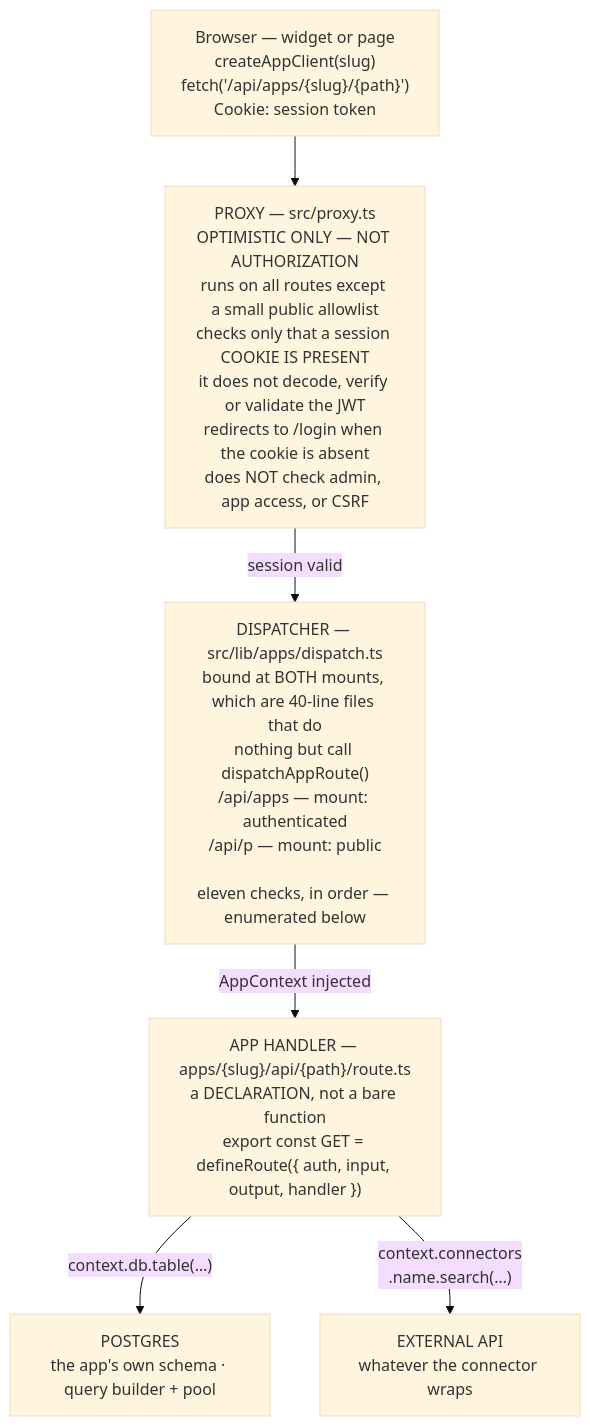
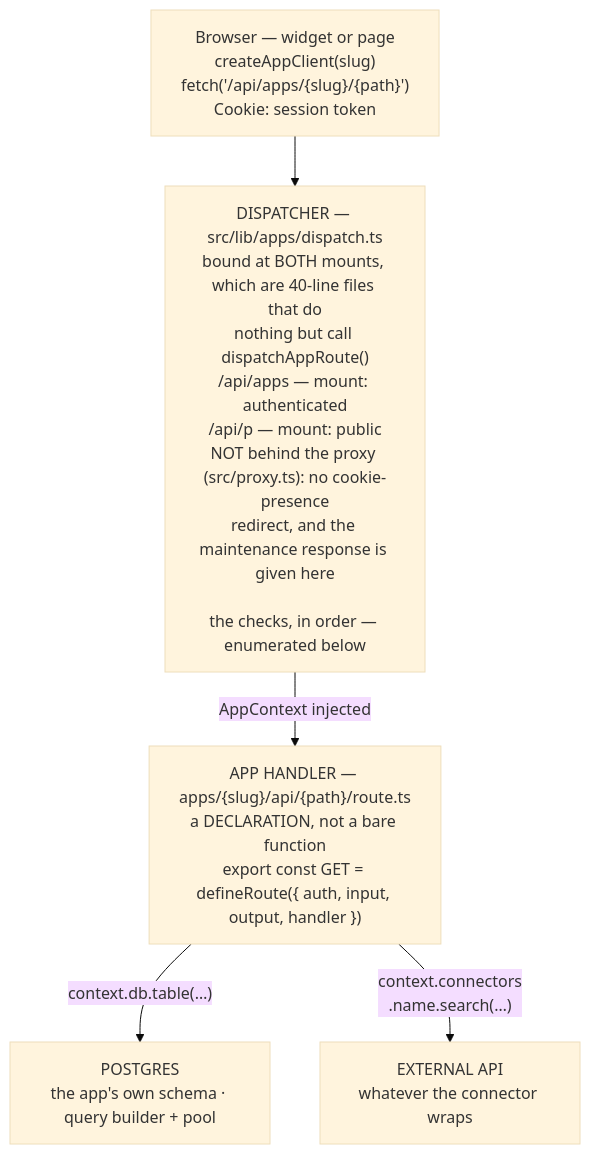
The first of 5 diagrams in docs/security-architecture.md (mixoshq/mixos), drawn with Mermaid (base theme) before and after one commit. The commit also changed other lines of this file and 2 other files, not shown here.

First line of the commit message:
docs(os): the app API outside the proxy in security §1, §14, §15 and §18

````diff
--- a/docs/security-architecture.md
+++ b/docs/security-architecture.md
@@ -53,19 +55,15 @@
 ```mermaid
 flowchart TD
     BROWSER["Browser — widget or page<br/>createAppClient(slug)<br/>fetch('/api/apps/{slug}/{path}')<br/>Cookie: session token"]
 
-    BROWSER --> PROXY
+    BROWSER --> DISPATCH
 
-    PROXY["PROXY — src/proxy.ts<br/>OPTIMISTIC ONLY — NOT AUTHORIZATION<br/>runs on all routes except a small public allowlist<br/>checks only that a session COOKIE IS PRESENT<br/>it does not decode, verify or validate the JWT<br/>redirects to /login when the cookie is absent<br/>does NOT check admin, app access, or CSRF"]
-
-    PROXY -- "session valid" --> DISPATCH
-
-    DISPATCH["DISPATCHER — src/lib/apps/dispatch.ts<br/>bound at BOTH mounts, which are 40-line files that do<br/>nothing but call dispatchAppRoute()<br/>/api/apps — mount: authenticated<br/>/api/p — mount: public<br/><br/>eleven checks, in order — enumerated below"]
+    DISPATCH["DISPATCHER — src/lib/apps/dispatch.ts<br/>bound at BOTH mounts, which are 40-line files that do<br/>nothing but call dispatchAppRoute()<br/>/api/apps — mount: authenticated<br/>/api/p — mount: public<br/>NOT behind the proxy (src/proxy.ts): no cookie-presence<br/>redirect, and the maintenance response is given here<br/><br/>the checks, in order — enumerated below"]
 
     DISPATCH -- "AppContext injected" --> HANDLER
 
     HANDLER["APP HANDLER — apps/{slug}/api/{path}/route.ts<br/>a DECLARATION, not a bare function<br/>export const GET = defineRoute({ auth, input, output, handler })"]
 
     HANDLER -- "context.db.table(…)" --> PG["POSTGRES<br/>the app's own schema · query builder + pool"]
     HANDLER -- "context.connectors<br/>.name.search(…)" --> EXT["EXTERNAL API<br/>whatever the connector wraps"]
 ```
````
